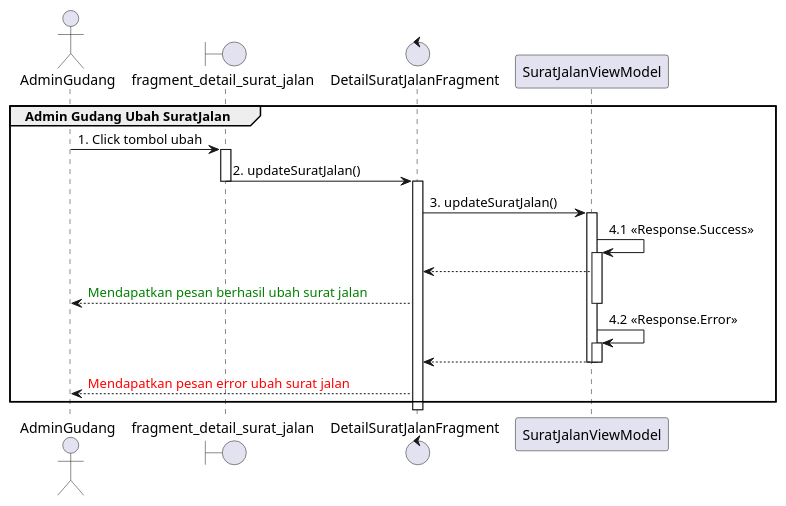
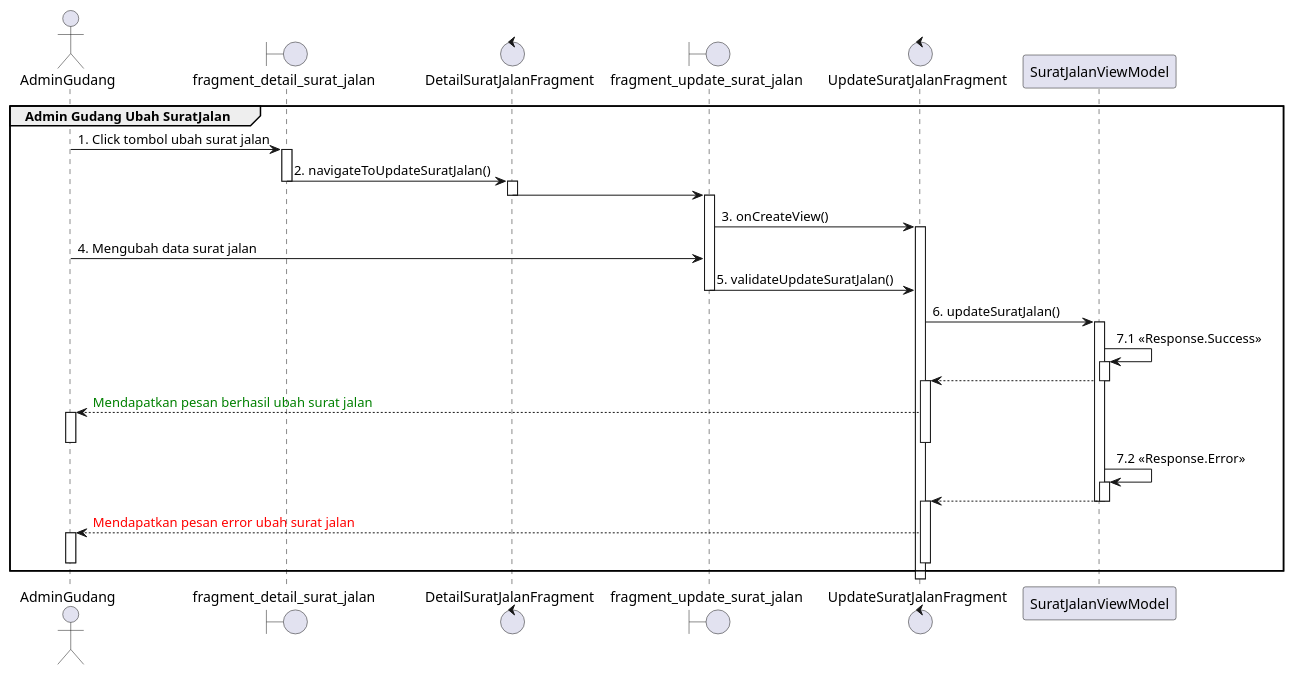
Before and after one commit to Pangeranmw/BurdaContractorAndroid: the diagram in app/src/main/java/com/android/burdacontractor/diagram/sequencediagram/UbahSuratJalanSequence.puml, drawn with PlantUML. The commit also changed 33 other files, not shown here.

Commit message:
Sequence Diagram Done

```diff
--- a/app/src/main/java/com/android/burdacontractor/diagram/sequencediagram/UbahSuratJalanSequence.puml
+++ b/app/src/main/java/com/android/burdacontractor/diagram/sequencediagram/UbahSuratJalanSequence.puml
@@ -1,35 +1,52 @@
 @startuml
 'https://plantuml.com/sequence-diagram
 
 group Admin Gudang Ubah SuratJalan
     actor       AdminGudang
     boundary    fragment_detail_surat_jalan
     control     DetailSuratJalanFragment
+    boundary    fragment_update_surat_jalan
+    control     UpdateSuratJalanFragment
 
-    AdminGudang -> fragment_detail_surat_jalan : 1. Click tombol ubah
+    AdminGudang -> fragment_detail_surat_jalan : 1. Click tombol ubah surat jalan
+
     activate fragment_detail_surat_jalan
-
-    fragment_detail_surat_jalan -> DetailSuratJalanFragment : 2. updateSuratJalan()
+    fragment_detail_surat_jalan -> DetailSuratJalanFragment : 2. navigateToUpdateSuratJalan()
     deactivate fragment_detail_surat_jalan
 
     activate DetailSuratJalanFragment
-    DetailSuratJalanFragment -> SuratJalanViewModel : 3. updateSuratJalan()
+    DetailSuratJalanFragment -> fragment_update_surat_jalan
+    deactivate DetailSuratJalanFragment
+    activate fragment_update_surat_jalan
+    fragment_update_surat_jalan -> UpdateSuratJalanFragment : 3. onCreateView()
+    activate UpdateSuratJalanFragment
+    AdminGudang -> fragment_update_surat_jalan : 4. Mengubah data surat jalan
+    fragment_update_surat_jalan -> UpdateSuratJalanFragment : 5. validateUpdateSuratJalan()
+    deactivate fragment_update_surat_jalan
+
+    UpdateSuratJalanFragment -> SuratJalanViewModel : 6. updateSuratJalan()
     activate SuratJalanViewModel
-    SuratJalanViewModel -> SuratJalanViewModel : 4.1 <<Response.Success>>
+    SuratJalanViewModel -> SuratJalanViewModel : 7.1 <<Response.Success>>
     activate SuratJalanViewModel
-    DetailSuratJalanFragment <-- SuratJalanViewModel
-    AdminGudang <-- DetailSuratJalanFragment :  <font color=green>Mendapatkan pesan berhasil ubah surat jalan
+    UpdateSuratJalanFragment <-- SuratJalanViewModel
     deactivate SuratJalanViewModel
+    activate UpdateSuratJalanFragment
+    AdminGudang <-- UpdateSuratJalanFragment :  <font color=green>Mendapatkan pesan berhasil ubah surat jalan
+    activate AdminGudang
+    deactivate AdminGudang
+    deactivate UpdateSuratJalanFragment
 
-    SuratJalanViewModel -> SuratJalanViewModel : 4.2 <<Response.Error>>
+    SuratJalanViewModel -> SuratJalanViewModel : 7.2 <<Response.Error>>
     activate SuratJalanViewModel
 
-    DetailSuratJalanFragment <-- SuratJalanViewModel
+    UpdateSuratJalanFragment <-- SuratJalanViewModel
 
     deactivate SuratJalanViewModel
     deactivate SuratJalanViewModel
-
-    AdminGudang <-- DetailSuratJalanFragment : <font color=red>Mendapatkan pesan error ubah surat jalan
-
+    activate UpdateSuratJalanFragment
+    AdminGudang <-- UpdateSuratJalanFragment : <font color=red>Mendapatkan pesan error ubah surat jalan
+    activate AdminGudang
+    deactivate AdminGudang
+    deactivate UpdateSuratJalanFragment
 end
 @enduml
```
